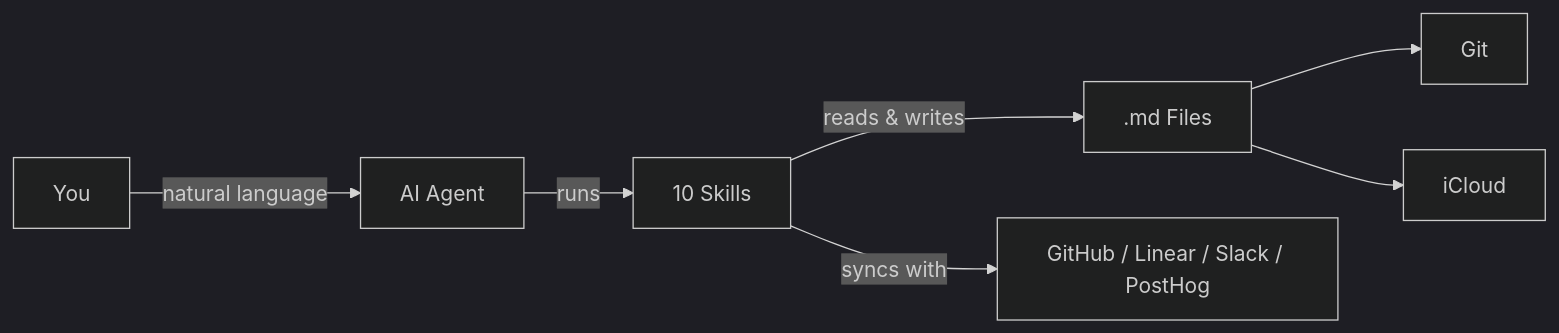
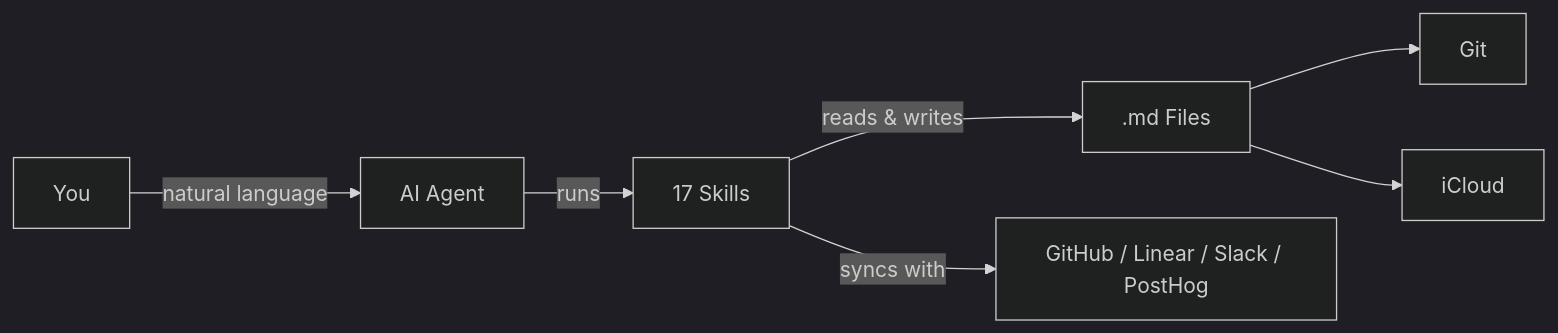
One commit to huytieu/COG-second-brain changed the first of 2 diagrams in README.md. Above: the diagram before and after it, drawn with Mermaid (dark theme). The commit also changed other lines of this file and 16 other files, not shown here.

````diff
--- a/README.md
+++ b/README.md
@@ -9,9 +9,9 @@
 ```mermaid
 graph LR
     A[You] -- natural language --> B[AI Agent]
-    B -- runs --> C[10 Skills]
+    B -- runs --> C[17 Skills]
     C -- reads & writes --> D[.md Files]
     C -- syncs with --> G[GitHub / Linear / Slack / PostHog]
     D --> E[Git]
     D --> F[iCloud]
 ```
````
